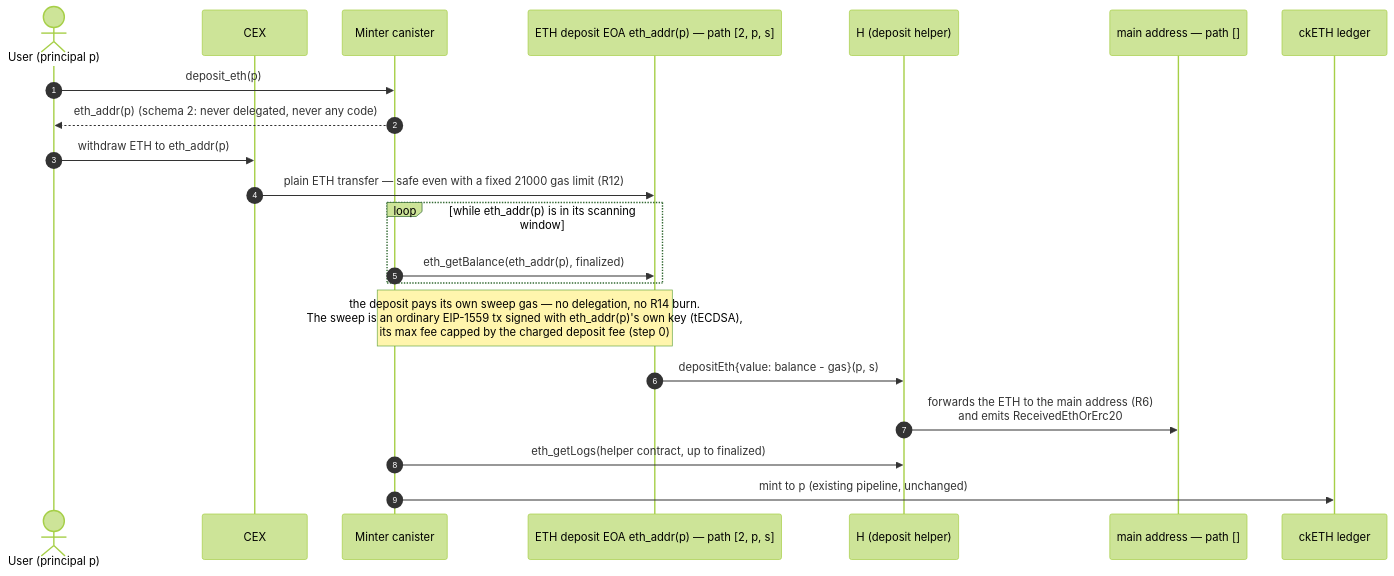
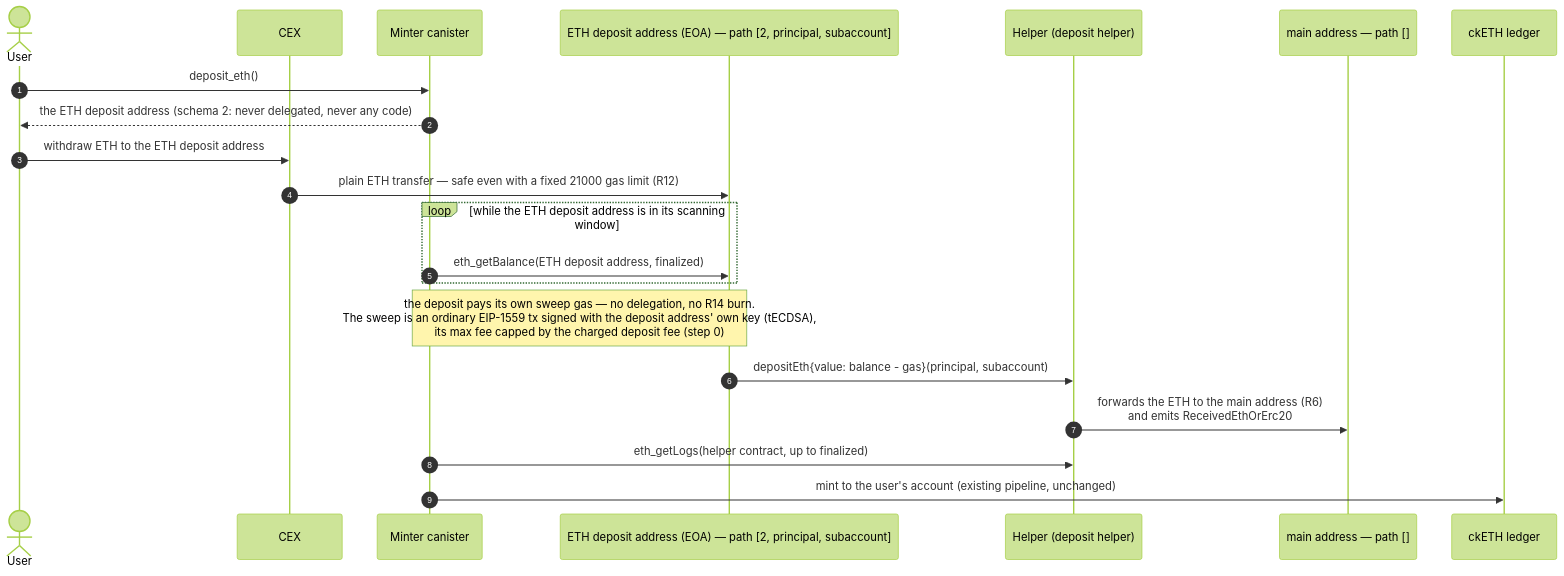
One commit to dfinity/ic changed the third of 6 diagrams in rs/ethereum/cketh/docs/deposit_from_cex.md. Above: the diagram before and after it, drawn with Mermaid (forest theme). The commit also changed other lines of this file, not shown here.

First line of the commit message:
docs(cketh): spell out abbreviated names in the remaining diagrams

````diff
--- a/rs/ethereum/cketh/docs/deposit_from_cex.md
+++ b/rs/ethereum/cketh/docs/deposit_from_cex.md
@@ -337,24 +338,24 @@
 ```mermaid
 sequenceDiagram
     autonumber
-    actor User as User (principal p)
+    actor User
     participant CEX
     participant Minter as Minter canister
-    participant DEth as ETH deposit EOA eth_addr(p) — path [2, p, s]
-    participant H as H (deposit helper)
+    participant DEth as ETH deposit address (EOA) — path [2, principal, subaccount]
+    participant H as Helper (deposit helper)
     participant Main as main address — path []
     participant Ledger as ckETH ledger
 
-    User->>Minter: deposit_eth(p)
-    Minter-->>User: eth_addr(p) (schema 2: never delegated, never any code)
-    User->>CEX: withdraw ETH to eth_addr(p)
+    User->>Minter: deposit_eth()
+    Minter-->>User: the ETH deposit address (schema 2: never delegated, never any code)
+    User->>CEX: withdraw ETH to the ETH deposit address
     CEX->>DEth: plain ETH transfer — safe even with a fixed 21000 gas limit (R12)
-    loop while eth_addr(p) is in its scanning window
-        Minter->>DEth: eth_getBalance(eth_addr(p), finalized)
+    loop while the ETH deposit address is in its scanning window
+        Minter->>DEth: eth_getBalance(ETH deposit address, finalized)
     end
-    Note over Minter,DEth: the deposit pays its own sweep gas — no delegation, no R14 burn.<br/>The sweep is an ordinary EIP-1559 tx signed with eth_addr(p)'s own key (tECDSA),<br/>its max fee capped by the charged deposit fee (step 0)
-    DEth->>H: depositEth{value: balance - gas}(p, s)
+    Note over Minter,DEth: the deposit pays its own sweep gas — no delegation, no R14 burn.<br/>The sweep is an ordinary EIP-1559 tx signed with the deposit address' own key (tECDSA),<br/>its max fee capped by the charged deposit fee (step 0)
+    DEth->>H: depositEth{value: balance - gas}(principal, subaccount)
     H->>Main: forwards the ETH to the main address (R6)<br/>and emits ReceivedEthOrErc20
     Minter->>H: eth_getLogs(helper contract, up to finalized)
-    Minter->>Ledger: mint to p (existing pipeline, unchanged)
+    Minter->>Ledger: mint to the user's account (existing pipeline, unchanged)
 ```
````
